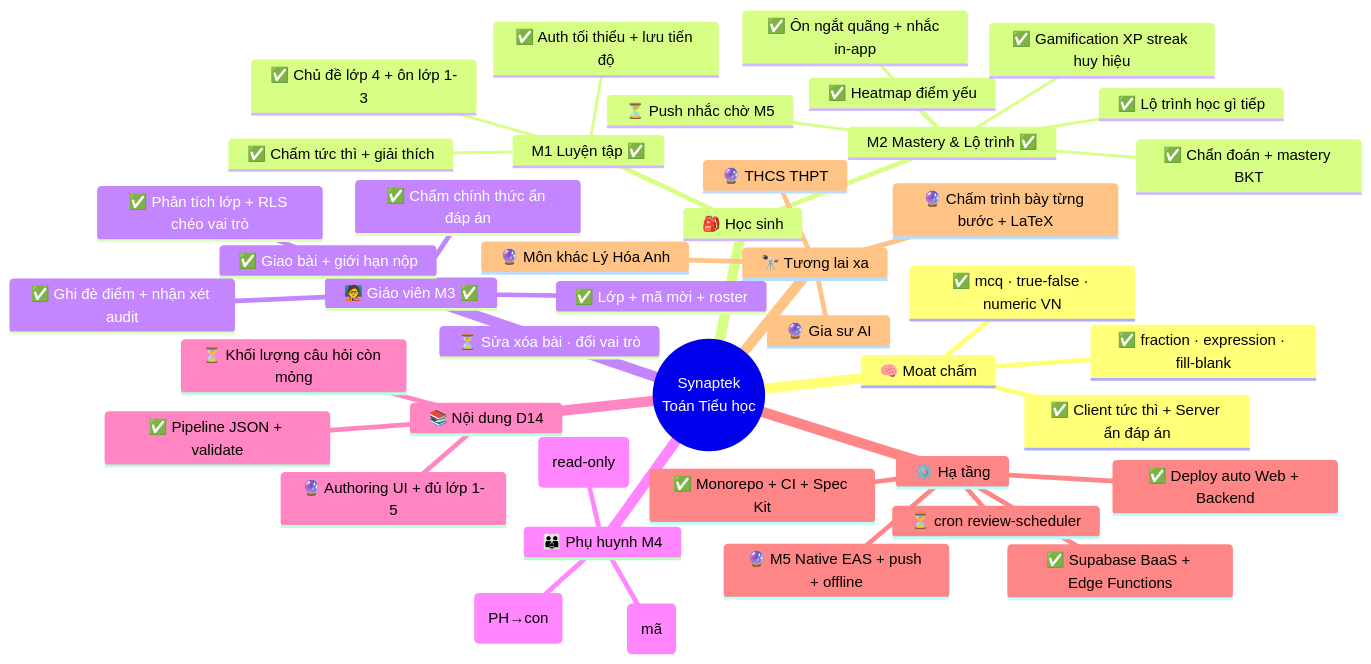
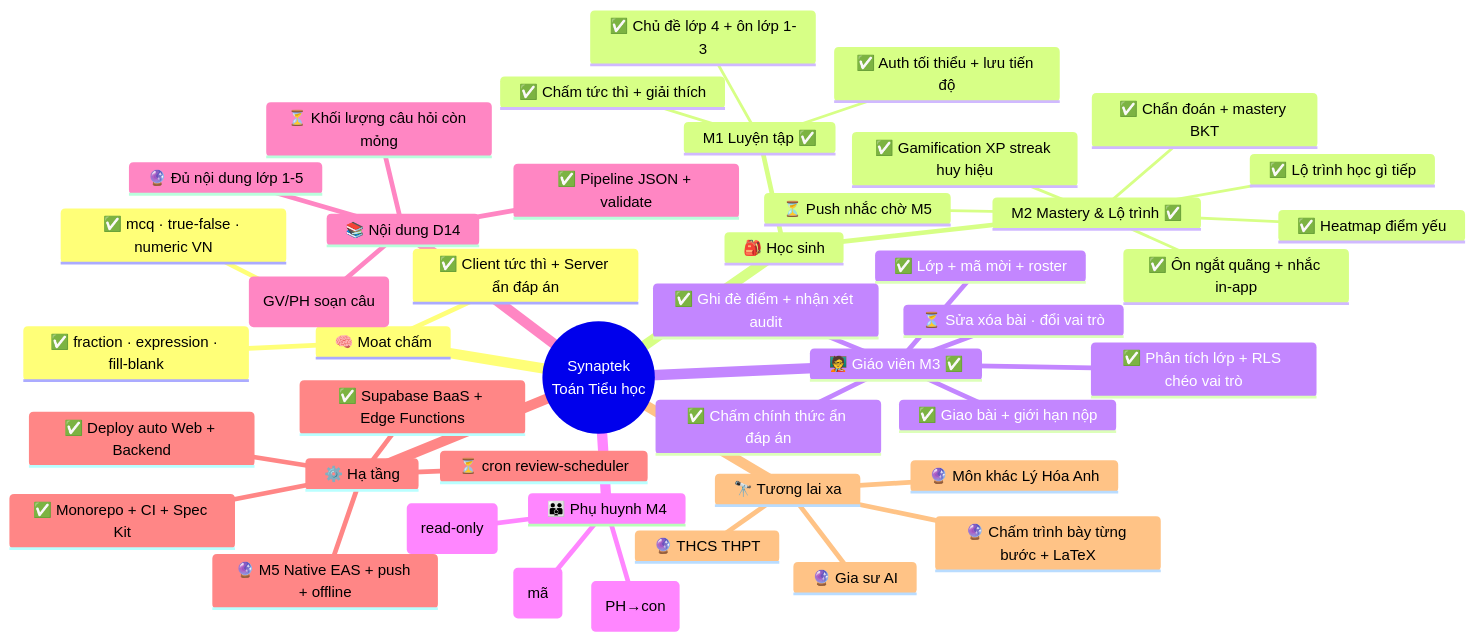
Before and after one commit to hoanghainh1188/synaptek: the first of 2 diagrams in docs/FEATURE-MAP.md, drawn with Mermaid. The commit also changed other lines of this file and 11 other files, not shown here.

First line of the commit message:
feat: authoring — GV/PH tự soạn câu hỏi (mcq/numeric/fraction) (#24)

````diff
--- a/docs/FEATURE-MAP.md
+++ b/docs/FEATURE-MAP.md
@@ -8,46 +8,47 @@
 ```mermaid
 mindmap
   root((Synaptek<br/>Toán Tiểu học))
     🧠 Moat chấm
       ✅ mcq · true-false · numeric VN
       ✅ fraction · expression · fill-blank
       ✅ Client tức thì + Server ẩn đáp án
     🎒 Học sinh
       M1 Luyện tập ✅
         ✅ Chủ đề lớp 4 + ôn lớp 1-3
         ✅ Chấm tức thì + giải thích
         ✅ Auth tối thiểu + lưu tiến độ
       M2 Mastery & Lộ trình ✅
         ✅ Chẩn đoán + mastery BKT
         ✅ Lộ trình học gì tiếp
         ✅ Heatmap điểm yếu
         ✅ Gamification XP streak huy hiệu
         ✅ Ôn ngắt quãng + nhắc in-app
         ⏳ Push nhắc chờ M5
     🧑‍🏫 Giáo viên M3 ✅
       ✅ Lớp + mã mời + roster
       ✅ Giao bài + giới hạn nộp
       ✅ Chấm chính thức ẩn đáp án
       ✅ Ghi đè điểm + nhận xét audit
       ✅ Phân tích lớp + RLS chéo vai trò
       ⏳ Sửa xóa bài · đổi vai trò
     👪 Phụ huynh M4
       ✅ Liên kết phụ huynh - con (mã)
       ✅ Theo dõi tiến độ con (read-only)
       ✅ Giao bài tại nhà (PH→con)
     📚 Nội dung D14
       ✅ Pipeline JSON + validate
       ⏳ Khối lượng câu hỏi còn mỏng
-      🔮 Authoring UI + đủ lớp 1-5
+      ✅ Authoring UI (GV/PH soạn câu)
+      🔮 Đủ nội dung lớp 1-5
     ⚙️ Hạ tầng
       ✅ Monorepo + CI + Spec Kit
       ✅ Supabase BaaS + Edge Functions
       ✅ Deploy auto Web + Backend
       ⏳ cron review-scheduler
       🔮 M5 Native EAS + push + offline
     🔭 Tương lai xa
       🔮 THCS THPT
       🔮 Môn khác Lý Hóa Anh
       🔮 Chấm trình bày từng bước + LaTeX
       🔮 Gia sư AI
 ```
````
